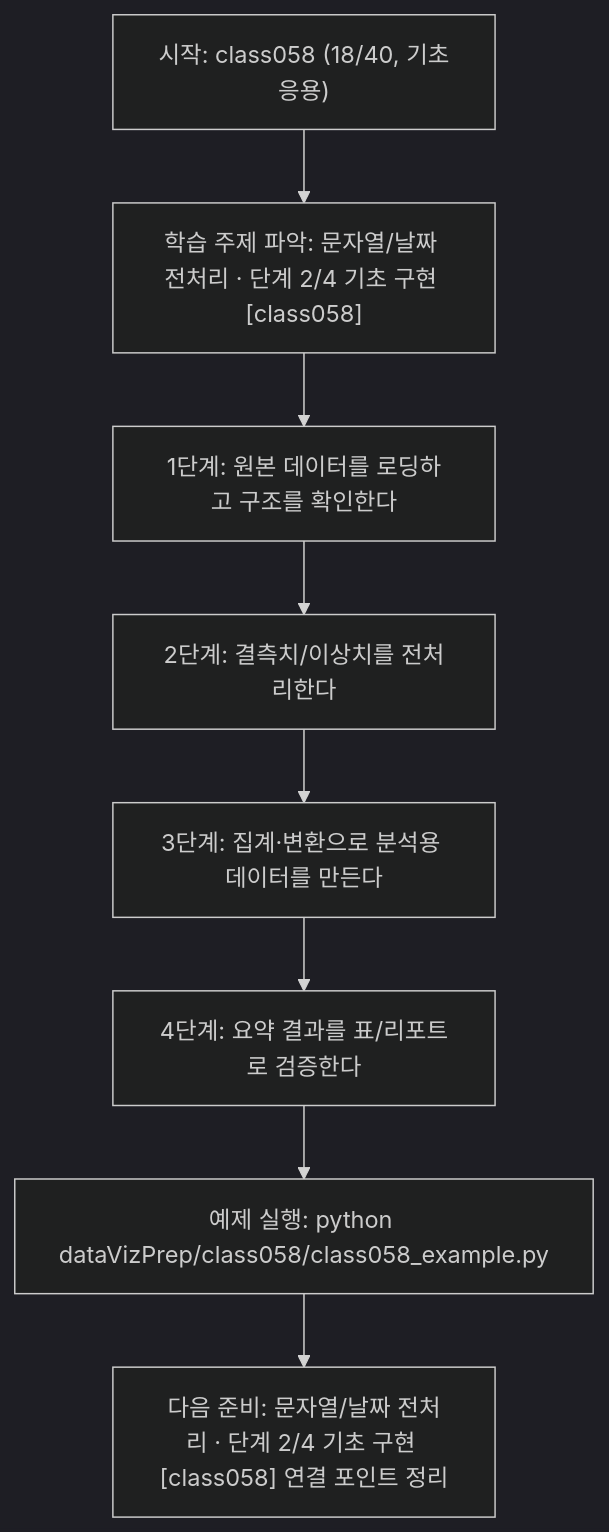
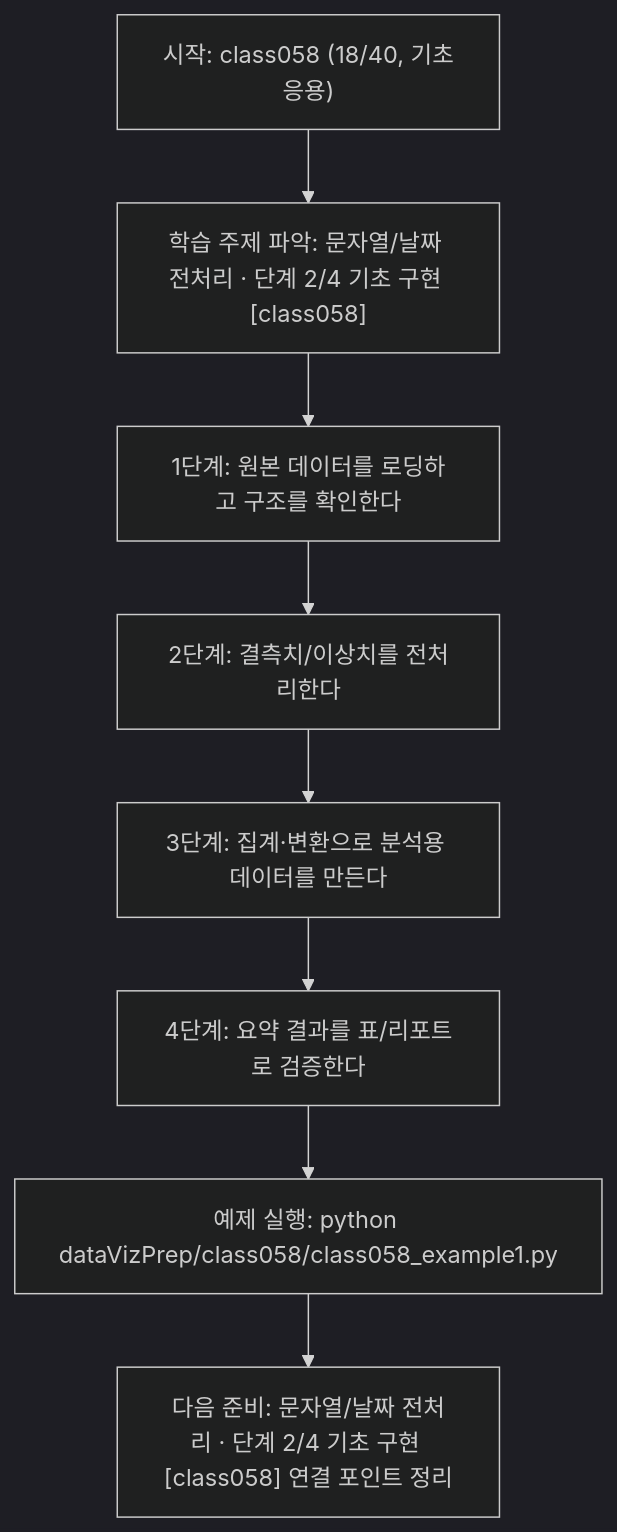
One commit to edumgt/Python-AI_Agent-Class changed the diagram in dataVizPrep/class058/class058.md. Above: the diagram before and after it, drawn with Mermaid (dark theme). The commit also changed other lines of this file and 2959 other files, not shown here.

````diff
--- a/dataVizPrep/class058/class058.md
+++ b/dataVizPrep/class058/class058.md
@@ -111,18 +111,18 @@
 ```mermaid
 flowchart TD
 N1["시작: class058 (18/40, 기초응용)"]
 N2["학습 주제 파악: 문자열/날짜 전처리 · 단계 2/4 기초 구현 [class058]"]
 N3["1단계: 원본 데이터를 로딩하고 구조를 확인한다"]
 N4["2단계: 결측치/이상치를 전처리한다"]
 N5["3단계: 집계·변환으로 분석용 데이터를 만든다"]
 N6["4단계: 요약 결과를 표/리포트로 검증한다"]
-N7["예제 실행: python dataVizPrep/class058/class058_example.py"]
+N7["예제 실행: python dataVizPrep/class058/class058_example1.py"]
 N8["다음 준비: 문자열/날짜 전처리 · 단계 2/4 기초 구현 [class058] 연결 포인트 정리"]
 N1 --> N2
 N2 --> N3
 N3 --> N4
 N4 --> N5
 N5 --> N6
 N6 --> N7
 N7 --> N8
 ```
````
